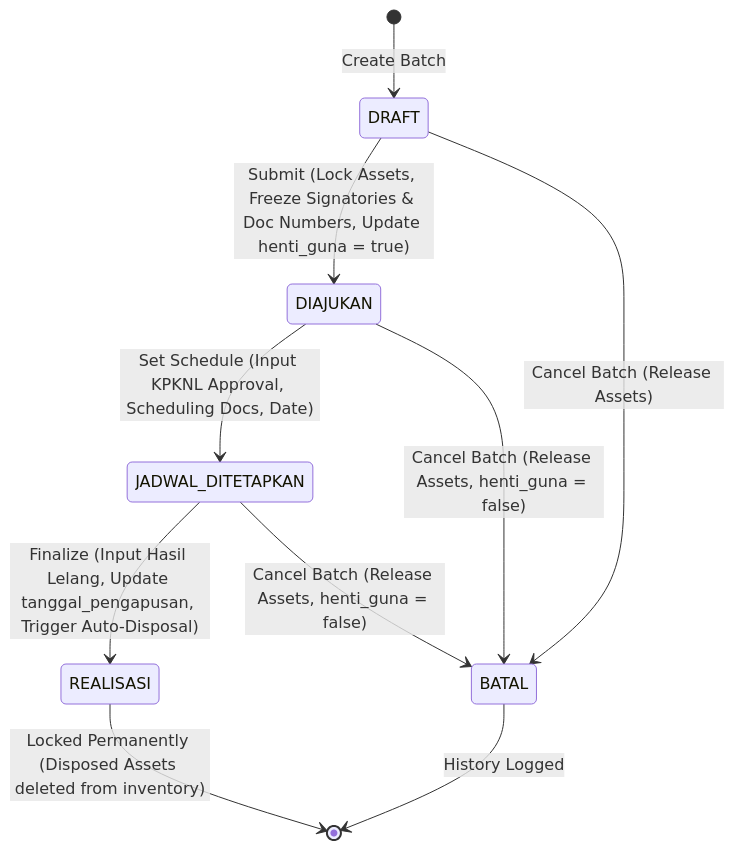
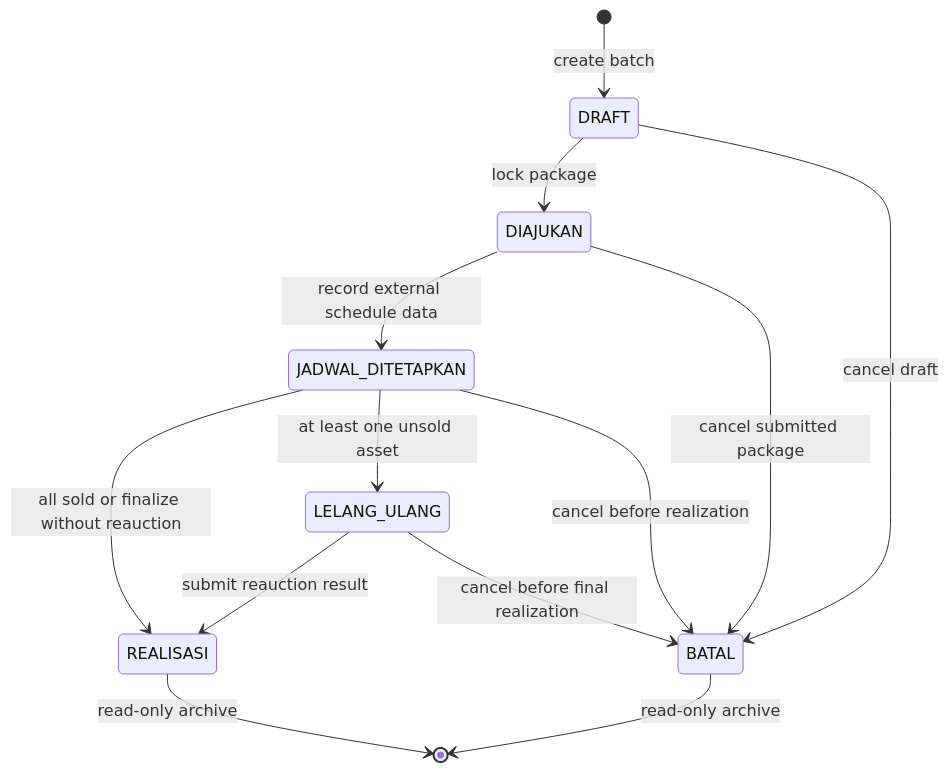
One commit to tegaranugrah1/bksda-superapp changed the second of 2 diagrams in .kiro/specs/bmn-auction-batches/design.md. Above: the diagram before and after it, drawn with Mermaid. The commit also changed other lines of this file and 4 other files, not shown here.

````diff
--- a/.kiro/specs/bmn-auction-batches/design.md
+++ b/.kiro/specs/bmn-auction-batches/design.md
@@ -115,12 +310,19 @@
 ```mermaid
 stateDiagram-v2
-    [*] --> DRAFT : Create Batch
-    DRAFT --> DIAJUKAN : Submit (Lock Assets, Freeze Signatories & Doc Numbers, Update henti_guna = true)
-    DRAFT --> BATAL : Cancel Batch (Release Assets)
-    DIAJUKAN --> JADWAL_DITETAPKAN : Set Schedule (Input KPKNL Approval, Scheduling Docs, Date)
-    DIAJUKAN --> BATAL : Cancel Batch (Release Assets, henti_guna = false)
-    JADWAL_DITETAPKAN --> REALISASI : Finalize (Input Hasil Lelang, Update tanggal_pengapusan, Trigger Auto-Disposal)
-    JADWAL_DITETAPKAN --> BATAL : Cancel Batch (Release Assets, henti_guna = false)
-    REALISASI --> [*] : Locked Permanently (Disposed Assets deleted from inventory)
-    BATAL --> [*] : History Logged
+    [*] --> DRAFT : create batch
+    DRAFT --> DIAJUKAN : lock package
+    DRAFT --> BATAL : cancel draft
+
+    DIAJUKAN --> JADWAL_DITETAPKAN : record external schedule data
+    DIAJUKAN --> BATAL : cancel submitted package
+
+    JADWAL_DITETAPKAN --> REALISASI : all sold or finalize without reauction
+    JADWAL_DITETAPKAN --> LELANG_ULANG : at least one unsold asset
+    JADWAL_DITETAPKAN --> BATAL : cancel before realization
+
+    LELANG_ULANG --> REALISASI : submit reauction result
+    LELANG_ULANG --> BATAL : cancel before final realization
+
+    REALISASI --> [*] : read-only archive
+    BATAL --> [*] : read-only archive
 ```
````
